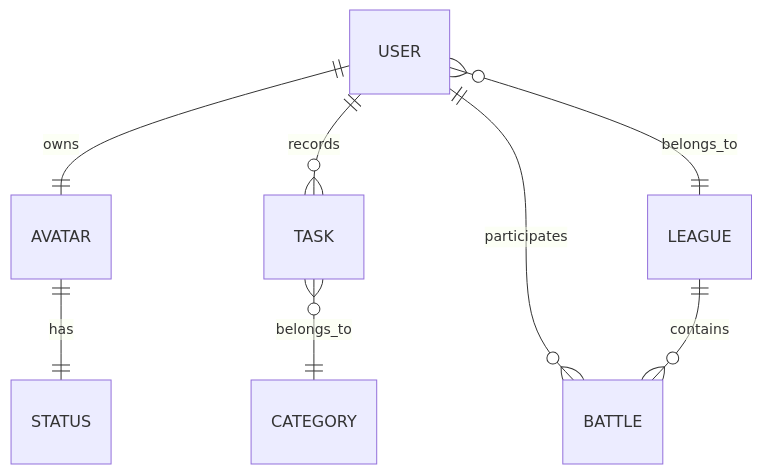
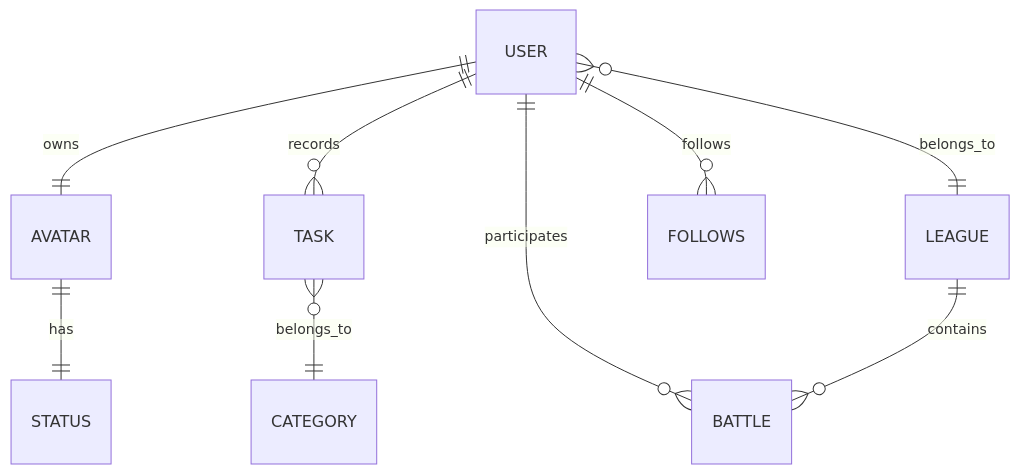
One commit to ShotaMiwa/Task-Apps changed the fourth of 4 diagrams in docs/spec.md. Above: the diagram before and after it, drawn with Mermaid. The commit also changed other lines of this file, not shown here.

````diff
--- a/docs/spec.md
+++ b/docs/spec.md
@@ -637,10 +695,11 @@
 ```mermaid
 erDiagram
   USER ||--|| AVATAR : owns
   AVATAR ||--|| STATUS : has
   USER ||--o{ TASK : records
   TASK }o--|| CATEGORY : belongs_to
   USER ||--o{ BATTLE : participates
   USER }o--|| LEAGUE : belongs_to
   LEAGUE ||--o{ BATTLE : contains
+  USER ||--o{ FOLLOWS : follows
 ```
````
